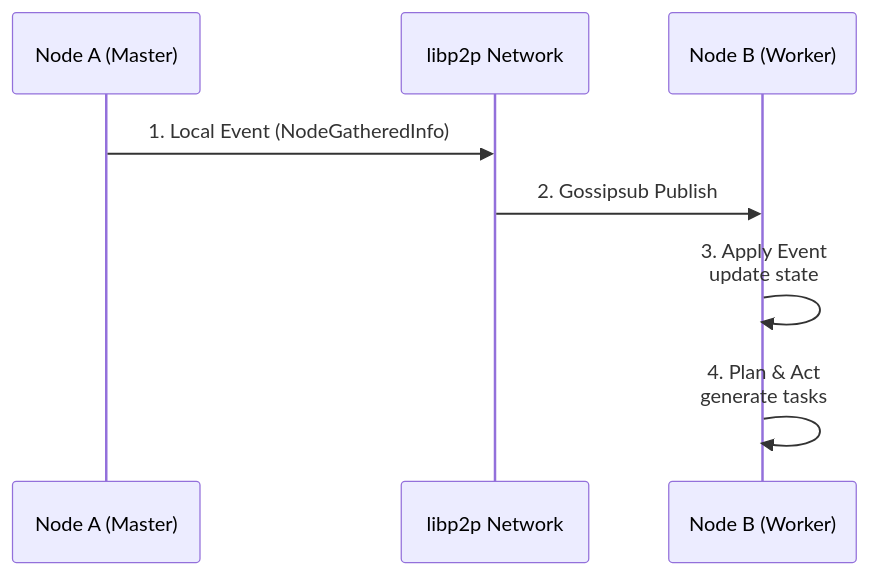
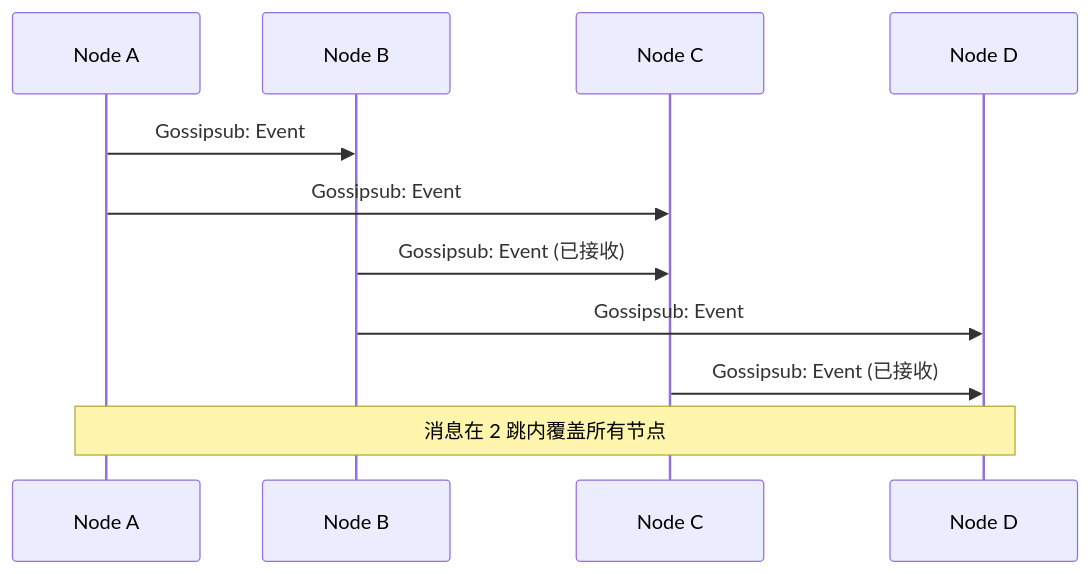
One commit to Wanger-SJTU/wanger-sjtu.github.io changed diagram 11 of 33 in source/_posts/exo-4plus1.md. Above: the diagram before and after it, drawn with Mermaid. The commit also changed other lines of this file, not shown here.

````diff
--- a/source/_posts/exo-4plus1.md
+++ b/source/_posts/exo-4plus1.md
@@ -630,12 +476,17 @@
 ```mermaid
 sequenceDiagram
-    participant NodeA as Node A (Master)
-    participant Network as libp2p Network
-    participant NodeB as Node B (Worker)
+    participant N1 as Node A
+    participant N2 as Node B
+    participant N3 as Node C
+    participant N4 as Node D
 
-    NodeA->>Network: 1. Local Event (NodeGatheredInfo)
-    Network->>NodeB: 2. Gossipsub Publish
-
-    NodeB->>NodeB: 3. Apply Event<br/>update state
-    NodeB->>NodeB: 4. Plan & Act<br/>generate tasks
+    N1->>N2: Gossipsub: Event
+    N1->>N3: Gossipsub: Event
+    
+    N2->>N3: Gossipsub: Event (已接收)
+    N2->>N4: Gossipsub: Event
+    
+    N3->>N4: Gossipsub: Event (已接收)
+    
+    Note over N1,N4: 消息在 2 跳内覆盖所有节点
 ```
````
